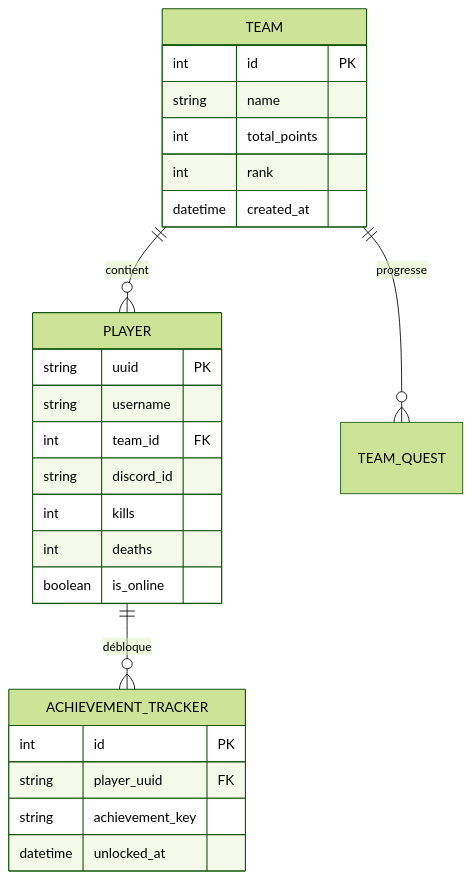
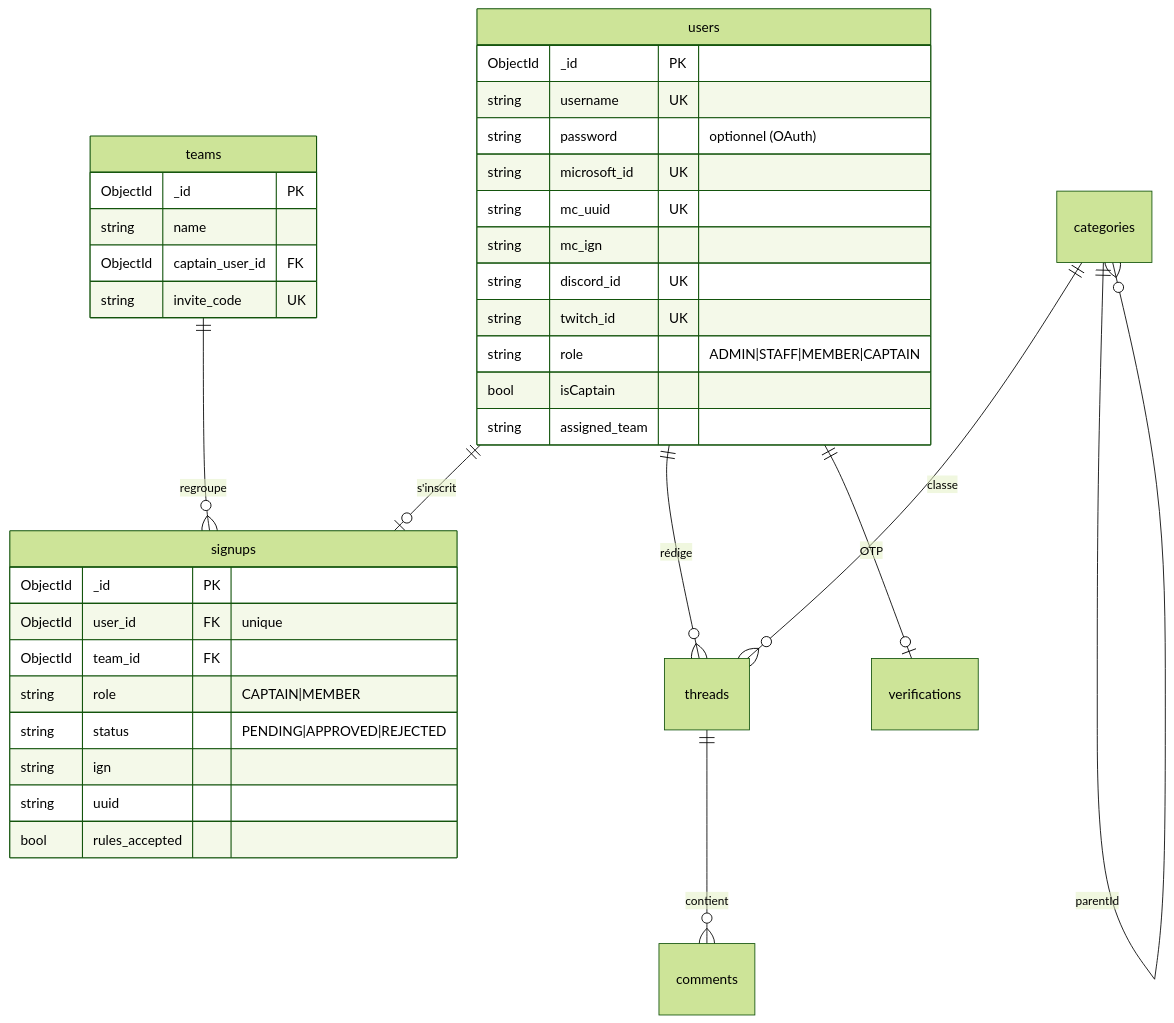
Before and after one commit to 3LEvent/LE3-Documentation: the diagram in docs/architecture/database-schema.md, drawn with Mermaid (forest theme). The commit also changed other lines of this file and 23 other files, not shown here.

````diff
--- a/docs/architecture/database-schema.md
+++ b/docs/architecture/database-schema.md
@@ -24,32 +59,42 @@
 ```mermaid
 erDiagram
-    TEAM ||--o{ PLAYER : contient
-    PLAYER ||--o{ ACHIEVEMENT_TRACKER : débloque
-    TEAM ||--o{ TEAM_QUEST : progresse
-    
-    TEAM {
-        int id PK
-        string name
-        int total_points
-        int rank
-        datetime created_at
+    users ||--o| signups : "s'inscrit"
+    teams ||--o{ signups : "regroupe"
+    users ||--o{ threads : "rédige"
+    threads ||--o{ comments : "contient"
+    categories ||--o{ threads : "classe"
+    categories ||--o{ categories : "parentId"
+    users ||--o| verifications : "OTP"
+
+    users {
+        ObjectId _id PK
+        string username UK
+        string password "optionnel (OAuth)"
+        string microsoft_id UK
+        string mc_uuid UK
+        string mc_ign
+        string discord_id UK
+        string twitch_id UK
+        string role "ADMIN|STAFF|MEMBER|CAPTAIN"
+        bool isCaptain
+        string assigned_team
     }
 
-    PLAYER {
-        string uuid PK
-        string username
-        int team_id FK
-        string discord_id
-        int kills
-        int deaths
-        boolean is_online
+    teams {
+        ObjectId _id PK
+        string name
+        ObjectId captain_user_id FK
+        string invite_code UK
     }
 
-    ACHIEVEMENT_TRACKER {
-        int id PK
-        string player_uuid FK
-        string achievement_key
-        datetime unlocked_at
+    signups {
+        ObjectId _id PK
+        ObjectId user_id FK "unique"
+        ObjectId team_id FK
+        string role "CAPTAIN|MEMBER"
+        string status "PENDING|APPROVED|REJECTED"
+        string ign
+        string uuid
+        bool rules_accepted
     }
-
 ```
````
